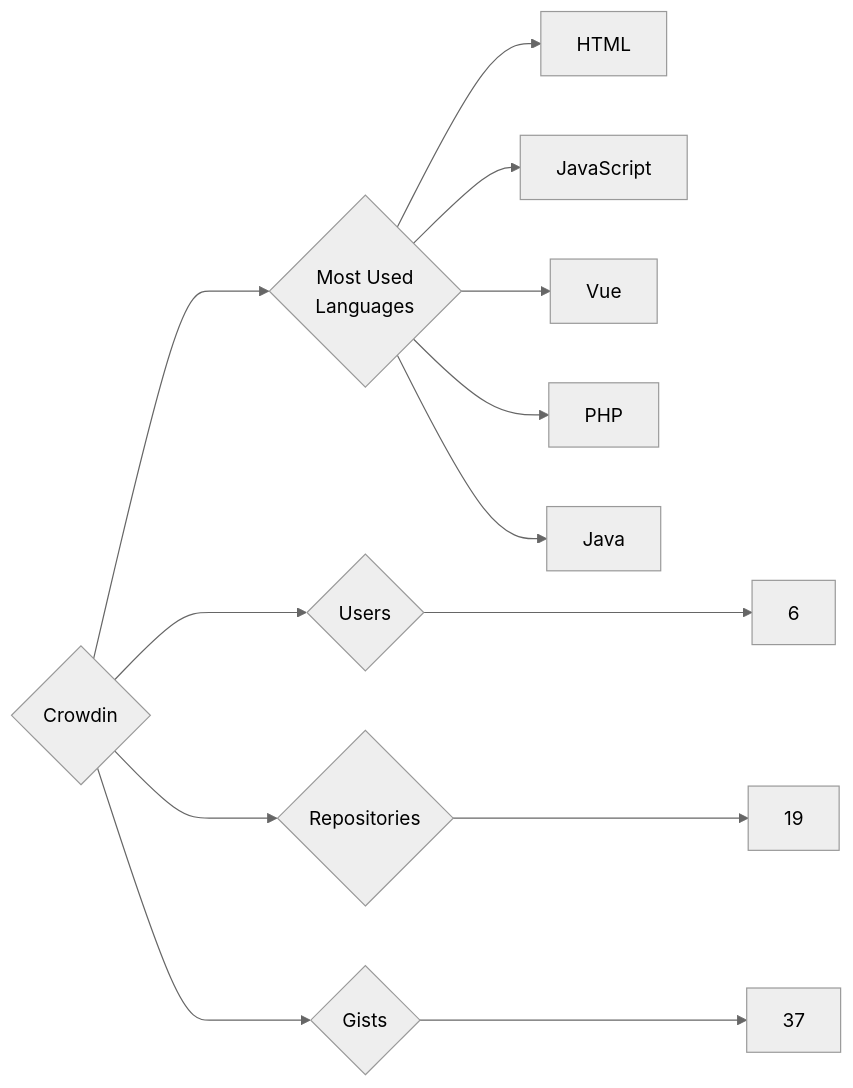
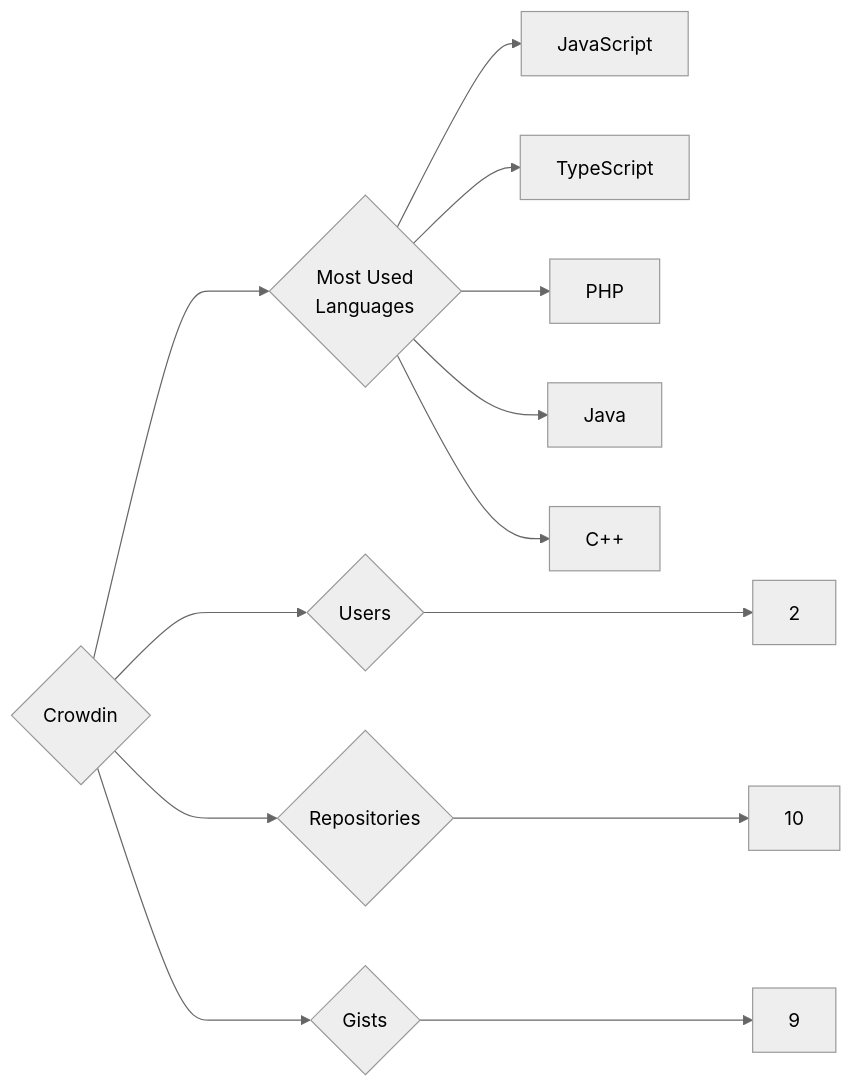
Before and after one commit to trickest/insiders: the diagram in targets/Crowdin/README.md, drawn with Mermaid (neutral theme). The commit also changed 1084 other files, not shown here.

````diff
--- a/targets/Crowdin/README.md
+++ b/targets/Crowdin/README.md
@@ -3,13 +3,13 @@
 ```mermaid
 graph LR
 COMPANY_NAME{Crowdin}
-COMPANY_NAME ---> U{Users} ---> UN[6]
-COMPANY_NAME ---> R{Repositories} ---> RN[19]
-COMPANY_NAME ---> G{Gists} ---> GN[37]
+COMPANY_NAME ---> U{Users} ---> UN[2]
+COMPANY_NAME ---> R{Repositories} ---> RN[10]
+COMPANY_NAME ---> G{Gists} ---> GN[9]
 COMPANY_NAME ---> ML{Most Used<br>Languages}
-ML --> HTML[HTML]
 ML --> JavaScript[JavaScript]
-ML --> Vue[Vue]
+ML --> TypeScript[TypeScript]
 ML --> PHP[PHP]
 ML --> Java[Java]
+ML --> C++[C++]
 ```
````
